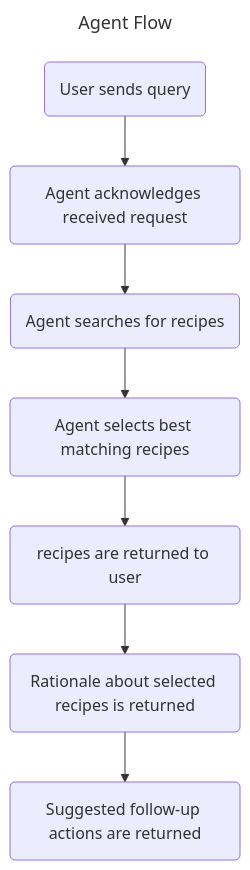
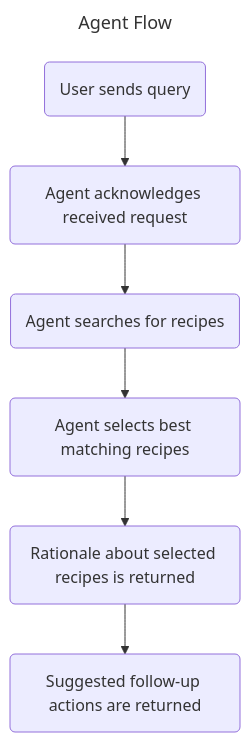
Before and after one commit to wkrzywiec/wkrzywiec.github.io: the second of 2 diagrams in content/posts/055_ai-streaming/index.md, drawn with Mermaid.

Commit message:
agent flow

```diff
--- a/content/posts/055_ai-streaming/index.md
+++ b/content/posts/055_ai-streaming/index.md
@@ -327,12 +327,11 @@
 {{< mermaid >}}
 ---
 title: Agent Flow
 ---
 flowchart TB
     id1(User sends query) --> id2(Agent acknowledges received request)
     id2(Agent acknowledges received request) --> id3(Agent searches for recipes)
     id3(Agent searches for recipes) --> id4(Agent selects best matching recipes)
-    id4(Agent selects best matching recipes) --> id5(recipes are returned to user)
-    id5(recipes are returned to user) --> id6(Rationale about selected recipes is returned)
-    id6(Rationale about selected recipes is returned) --> id7(Suggested follow-up actions are returned)
+    id4(Agent selects best matching recipes) --> id5(Rationale about selected recipes is returned)
+    id5(Rationale about selected recipes is returned) --> id6(Suggested follow-up actions are returned)
 {{< /mermaid >}}
```
